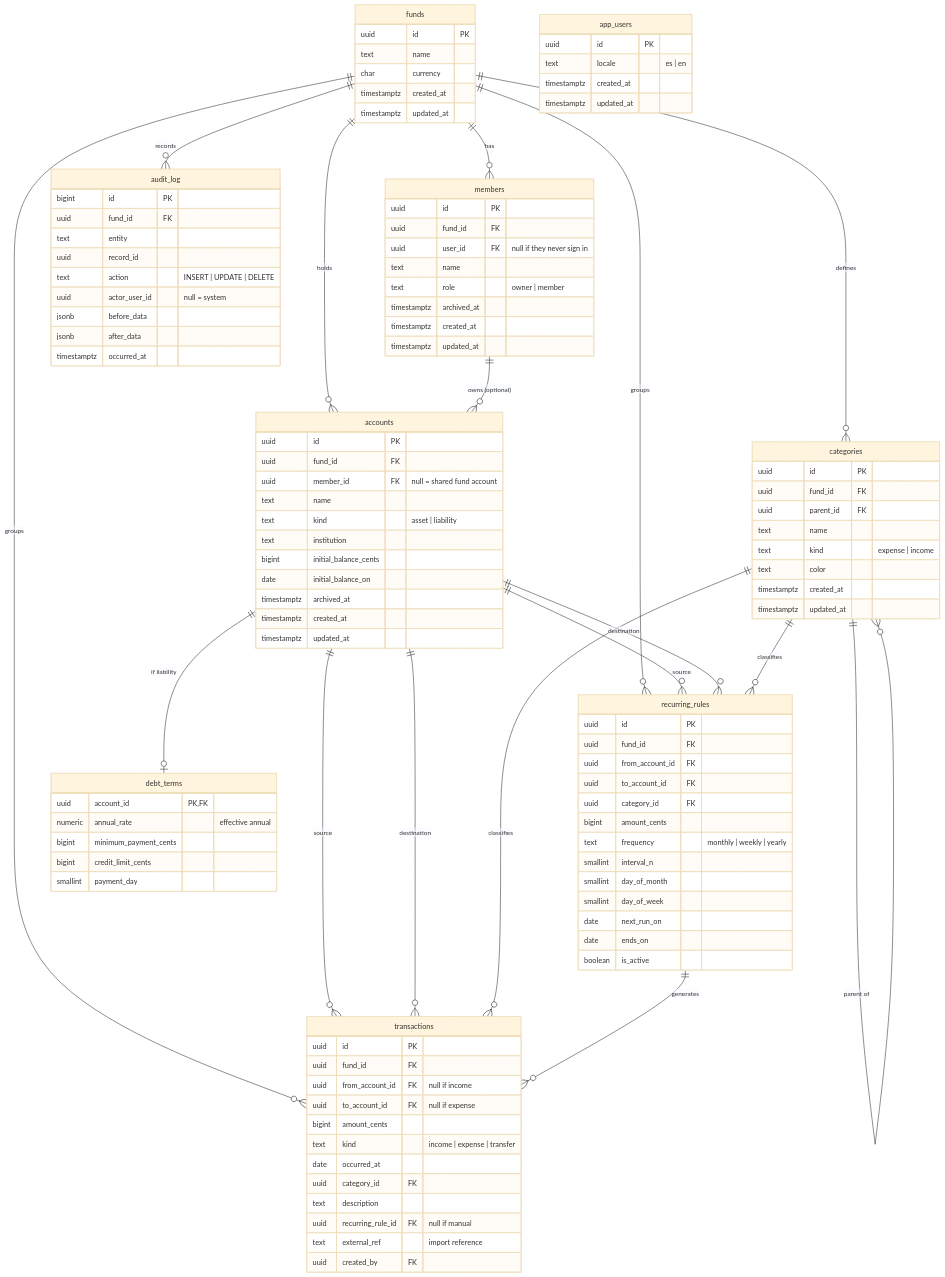
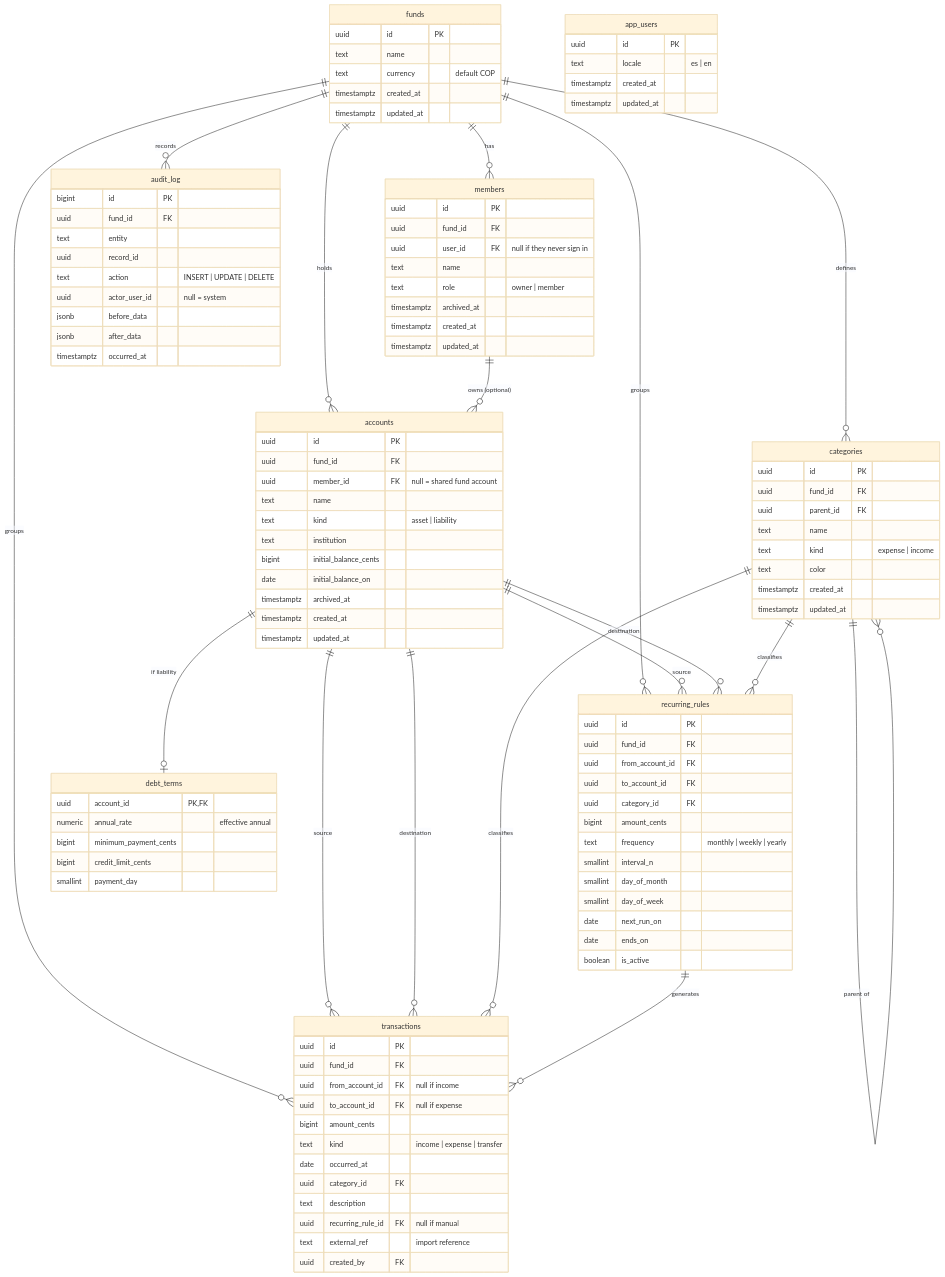
Before and after one commit to WAB-Studio/finances-app: the diagram in docs/SPEC.md, drawn with Mermaid (base theme). The commit also changed other lines of this file and 3 other files, not shown here.

Commit message:
Sanction Radix Themes and reopen the Charts choice

```diff
--- a/docs/SPEC.md
+++ b/docs/SPEC.md
@@ -189,7 +189,7 @@
     funds {
         uuid id PK
         text name
-        char currency
+        text currency "default COP"
         timestamptz created_at
         timestamptz updated_at
     }
```
